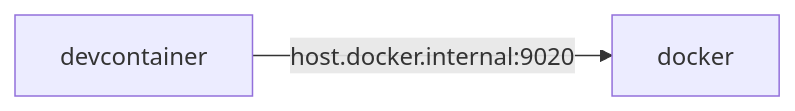
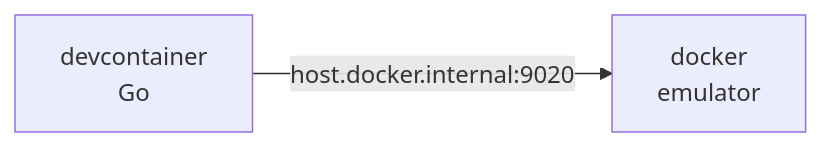
The diagram in README.md (danny-personal/go-spanner-example), drawn with Mermaid before and after one commit. The commit also changed other lines of this file, not shown here.

Commit message:
Add descripion to README.

````diff
--- a/README.md
+++ b/README.md
@@ -4,4 +6,8 @@
 ```mermaid
 flowchart LR
+    docker["`docker
+    emulator`"]
+    devcontainer["`devcontainer
+    Go`"]
     devcontainer -->|host.docker.internal:9020| docker
 ```
````
